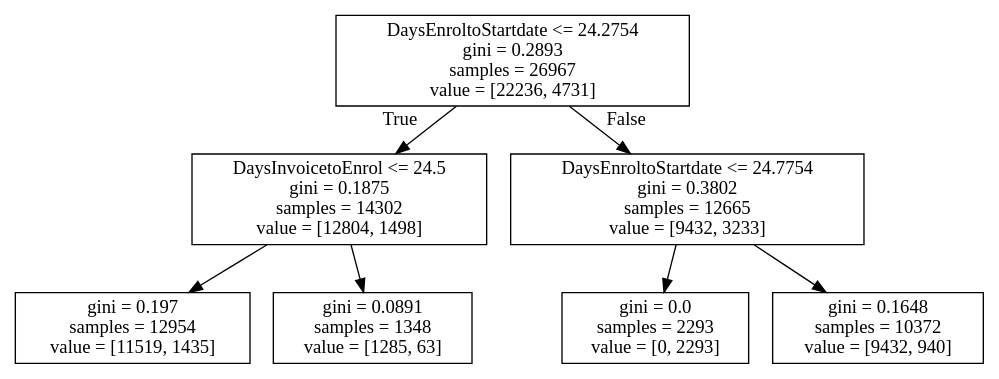
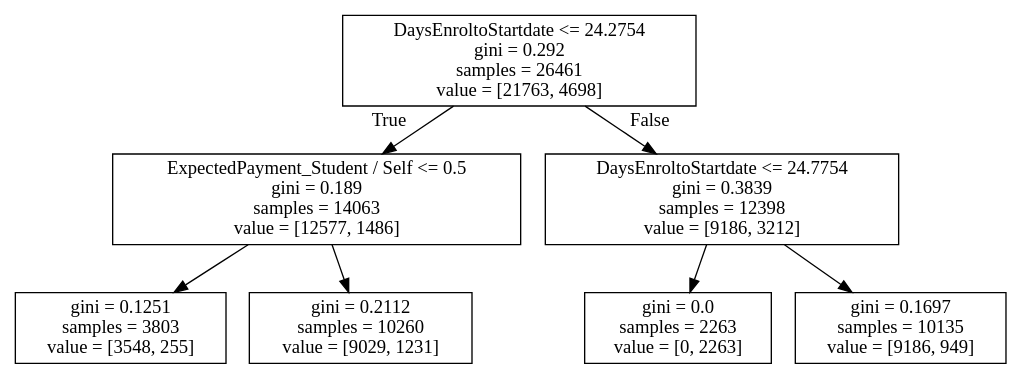
One commit to mikaelasquirchuk/dat8syd-project changed the diagram in decisiontree.dot. Above: the diagram before and after it, drawn with Graphviz. The commit also changed 2 other files, not shown here.

```diff
--- a/decisiontree.dot
+++ b/decisiontree.dot
@@ -1,16 +1,16 @@
 digraph Tree {
 node [shape=box] ;
-0 [label="DaysEnroltoStartdate <= 24.2754\ngini = 0.2893\nsamples = 26967\nvalue = [22236, 4731]"] ;
-1 [label="DaysInvoicetoEnrol <= 24.5\ngini = 0.1875\nsamples = 14302\nvalue = [12804, 1498]"] ;
+0 [label="DaysEnroltoStartdate <= 24.2754\ngini = 0.292\nsamples = 26461\nvalue = [21763, 4698]"] ;
+1 [label="ExpectedPayment_Student / Self <= 0.5\ngini = 0.189\nsamples = 14063\nvalue = [12577, 1486]"] ;
 0 -> 1 [labeldistance=2.5, labelangle=45, headlabel="True"] ;
-2 [label="gini = 0.197\nsamples = 12954\nvalue = [11519, 1435]"] ;
+2 [label="gini = 0.1251\nsamples = 3803\nvalue = [3548, 255]"] ;
 1 -> 2 ;
-3 [label="gini = 0.0891\nsamples = 1348\nvalue = [1285, 63]"] ;
+3 [label="gini = 0.2112\nsamples = 10260\nvalue = [9029, 1231]"] ;
 1 -> 3 ;
-4 [label="DaysEnroltoStartdate <= 24.7754\ngini = 0.3802\nsamples = 12665\nvalue = [9432, 3233]"] ;
+4 [label="DaysEnroltoStartdate <= 24.7754\ngini = 0.3839\nsamples = 12398\nvalue = [9186, 3212]"] ;
 0 -> 4 [labeldistance=2.5, labelangle=-45, headlabel="False"] ;
-5 [label="gini = 0.0\nsamples = 2293\nvalue = [0, 2293]"] ;
+5 [label="gini = 0.0\nsamples = 2263\nvalue = [0, 2263]"] ;
 4 -> 5 ;
-6 [label="gini = 0.1648\nsamples = 10372\nvalue = [9432, 940]"] ;
+6 [label="gini = 0.1697\nsamples = 10135\nvalue = [9186, 949]"] ;
 4 -> 6 ;
 }
```
